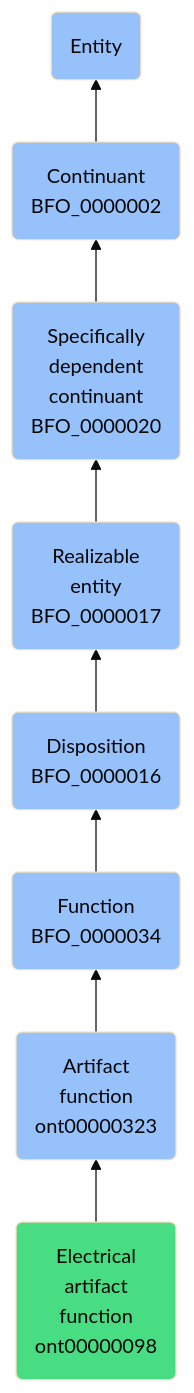
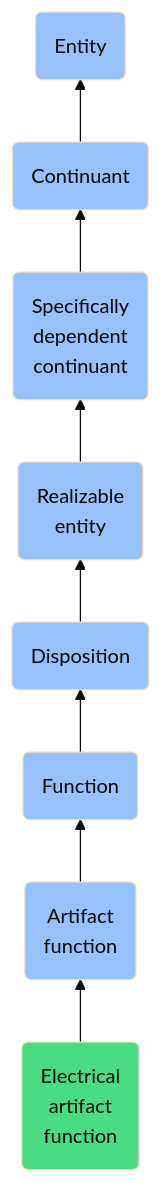
Before and after one commit to jupyter-naas/abi: the diagram in docs/ontology/reference/model/Entity/Continuant/Specifically dependent continuant/Realizable entity/Disposition/Function/Artifact function/Electrical artifact function/Electrical artifact function.md, drawn with Mermaid (base theme). The commit also changed other lines of this file and 1430 other files, not shown here.

````diff
--- a/docs/ontology/reference/model/Entity/Continuant/Specifically dependent continuant/Realizable entity/Disposition/Function/Artifact function/Electrical artifact function/Electrical artifact function.md
+++ b/docs/ontology/reference/model/Entity/Continuant/Specifically dependent continuant/Realizable entity/Disposition/Function/Artifact function/Electrical artifact function/Electrical artifact function.md
@@ -24,15 +24,15 @@
 ```mermaid
 graph BT
-    ont00000098(Electrical<br>artifact<br>function<br>ont00000098):::ABI-->ont00000323
-    ont00000323(Artifact<br>function<br>ont00000323):::BFO-->BFO_0000034
-    BFO_0000034(Function<br>BFO_0000034):::BFO-->BFO_0000016
-    BFO_0000016(Disposition<br>BFO_0000016):::BFO-->BFO_0000017
-    BFO_0000017(Realizable<br>entity<br>BFO_0000017):::BFO-->BFO_0000020
-    BFO_0000020(Specifically<br>dependent<br>continuant<br>BFO_0000020):::BFO-->BFO_0000002
-    BFO_0000002(Continuant<br>BFO_0000002):::BFO-->BFO_0000001
+    ont00000098(Electrical<br>artifact<br>function):::ABI-->ont00000323
+    ont00000323(Artifact<br>function):::BFO-->BFO_0000034
+    BFO_0000034(Function):::BFO-->BFO_0000016
+    BFO_0000016(Disposition):::BFO-->BFO_0000017
+    BFO_0000017(Realizable<br>entity):::BFO-->BFO_0000020
+    BFO_0000020(Specifically<br>dependent<br>continuant):::BFO-->BFO_0000002
+    BFO_0000002(Continuant):::BFO-->BFO_0000001
     BFO_0000001(Entity):::BFO
     
     classDef BFO fill:#97c1fb,color:#060606
     classDef CCO fill:#e4c51e,color:#060606
     classDef ABI fill:#48DD82,color:#060606
 ```
````
